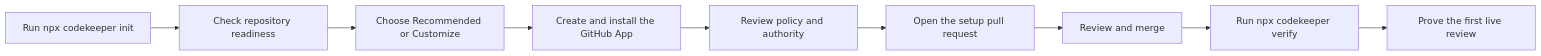
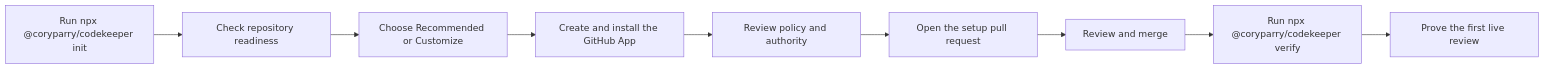
One commit to coryparrry/Codekeeper changed the first of 2 diagrams in README.md. Above: the diagram before and after it, drawn with Mermaid. The commit also changed other lines of this file and 24 other files, not shown here.

First line of the commit message:
fix(release): publish the installer as @coryparry/codekeeper

````diff
--- a/README.md
+++ b/README.md
@@ -98,11 +98,11 @@
 ```mermaid
 flowchart LR
-    A["Run npx codekeeper init"] --> B["Check repository readiness"]
+    A["Run npx @coryparry/codekeeper init"] --> B["Check repository readiness"]
     B --> C["Choose Recommended or Customize"]
     C --> D["Create and install the GitHub App"]
     D --> E["Review policy and authority"]
     E --> F["Open the setup pull request"]
     F --> G["Review and merge"]
-    G --> H["Run npx codekeeper verify"]
+    G --> H["Run npx @coryparry/codekeeper verify"]
     H --> I["Prove the first live review"]
 ```
````
